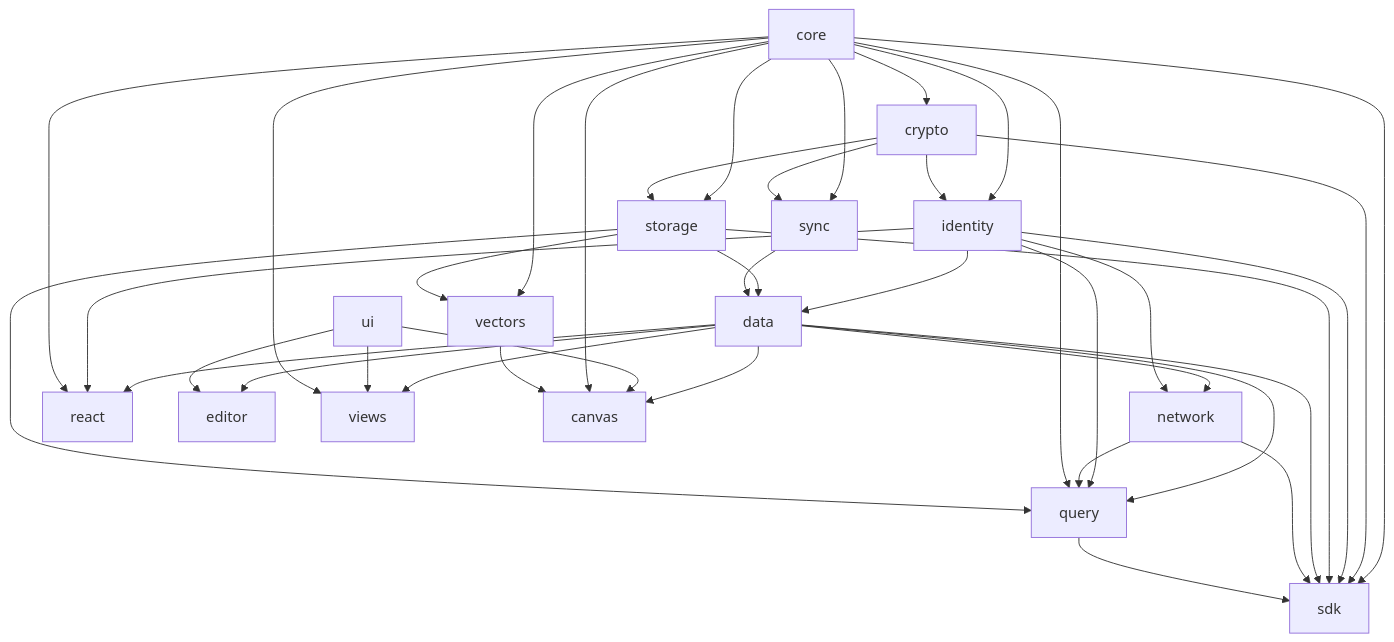
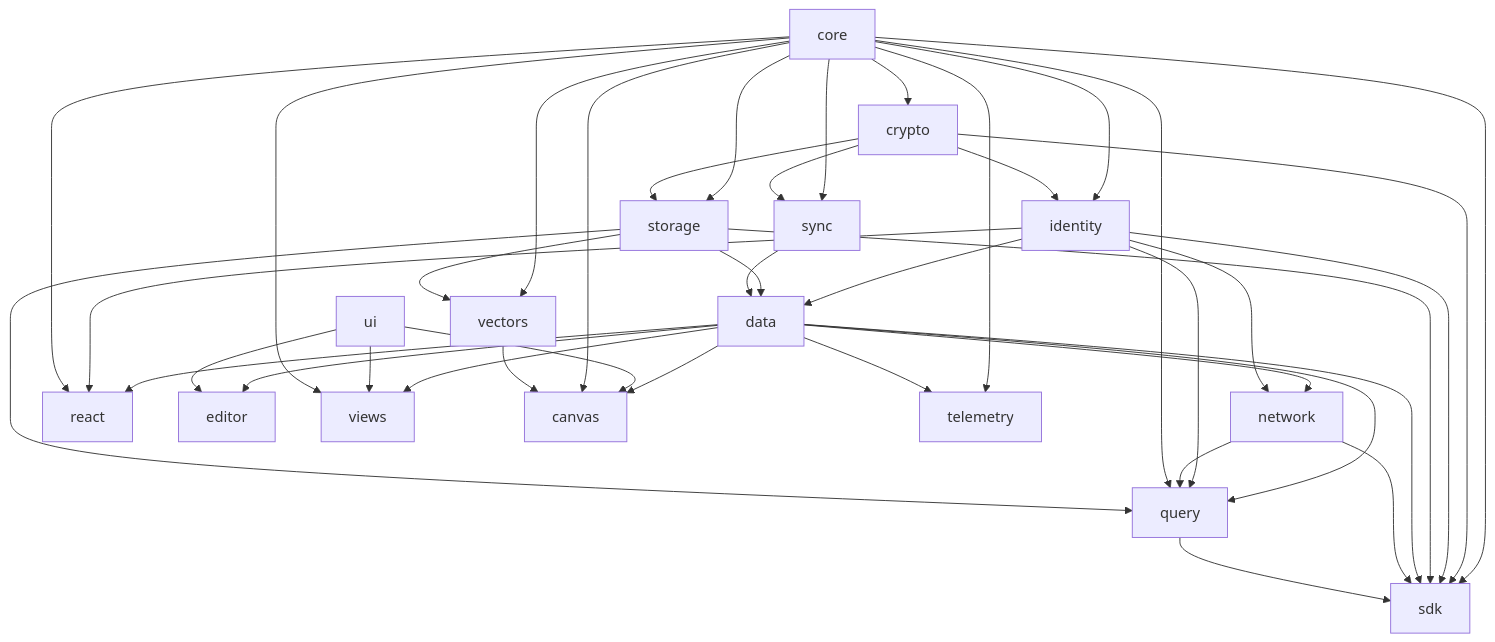
Before and after one commit to crs48/xNet: the first of 2 diagrams in packages/README.md, drawn with Mermaid. The commit also changed other lines of this file, not shown here.

Commit message:
Add @xnet/telemetry to packages README

````diff
--- a/packages/README.md
+++ b/packages/README.md
@@ -35,52 +36,55 @@
 ```mermaid
 flowchart TD
     core --> crypto
     core --> identity
     core --> storage
     core --> sync
 
     crypto --> identity
     crypto --> storage
     crypto --> sync
 
     identity --> data
     storage --> data
     sync --> data
 
     data --> network
     data --> query
     data --> react
     data --> editor
     data --> views
     data --> canvas
 
     identity --> network
     identity --> query
 
     network --> query
 
     ui --> editor
     ui --> views
     ui --> canvas
 
     core --> views
     core --> vectors
     core --> canvas
 
     storage --> vectors
     vectors --> canvas
 
     core --> query
     storage --> query
 
     core --> sdk
     crypto --> sdk
     identity --> sdk
     storage --> sdk
     data --> sdk
     network --> sdk
     query --> sdk
 
     identity --> react
     core --> react
+
+    core --> telemetry
+    data --> telemetry
 ```
````
